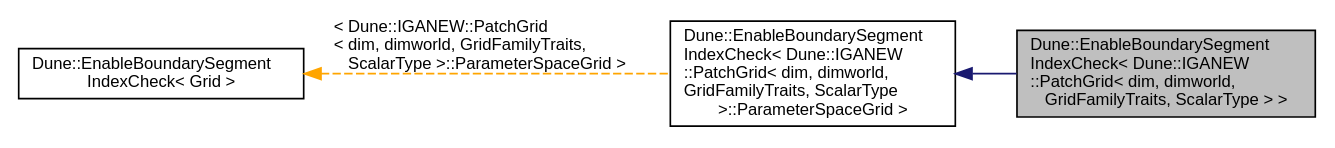
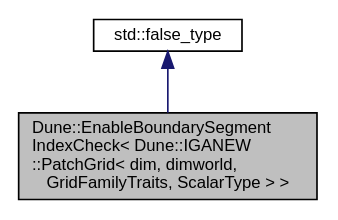
The diagram in d7/dd6/a01167.dot (rath3t/dune-iga-doc), drawn with Graphviz before and after one commit. The commit also changed 699 other files, not shown here.

```diff
--- a/d7/dd6/a01167.dot
+++ b/d7/dd6/a01167.dot
@@ -1,12 +1,9 @@
 digraph "Dune::EnableBoundarySegmentIndexCheck&lt; Dune::IGANEW::PatchGrid&lt; dim, dimworld, GridFamilyTraits, ScalarType &gt; &gt;"
 {
  // LATEX_PDF_SIZE
   edge [fontname="Helvetica",fontsize="10",labelfontname="Helvetica",labelfontsize="10"];
   node [fontname="Helvetica",fontsize="10",shape=record];
-  rankdir="LR";
   Node1 [label="Dune::EnableBoundarySegment\lIndexCheck\< Dune::IGANEW\l::PatchGrid\< dim, dimworld,\l GridFamilyTraits, ScalarType \> \>",height=0.2,width=0.4,color="black", fillcolor="grey75", style="filled", fontcolor="black",tooltip=" "];
   Node2 -> Node1 [dir="back",color="midnightblue",fontsize="10",style="solid",fontname="Helvetica"];
-  Node2 [label="Dune::EnableBoundarySegment\lIndexCheck\< Dune::IGANEW\l::PatchGrid\< dim, dimworld,\l GridFamilyTraits, ScalarType\l \>::ParameterSpaceGrid \>",height=0.2,width=0.4,color="black", fillcolor="white", style="filled",URL="$da/d20/a01160.html",tooltip=" "];
-  Node3 -> Node2 [dir="back",color="orange",fontsize="10",style="dashed",label=" \< Dune::IGANEW::PatchGrid\l\< dim, dimworld, GridFamilyTraits,\l ScalarType \>::ParameterSpaceGrid \>" ,fontname="Helvetica"];
-  Node3 [label="Dune::EnableBoundarySegment\lIndexCheck\< Grid \>",height=0.2,width=0.4,color="black", fillcolor="white", style="filled",URL="$da/d20/a01160.html",tooltip=" "];
+  Node2 [label="std::false_type",height=0.2,width=0.4,color="black", fillcolor="white", style="filled",tooltip=" "];
 }
```
